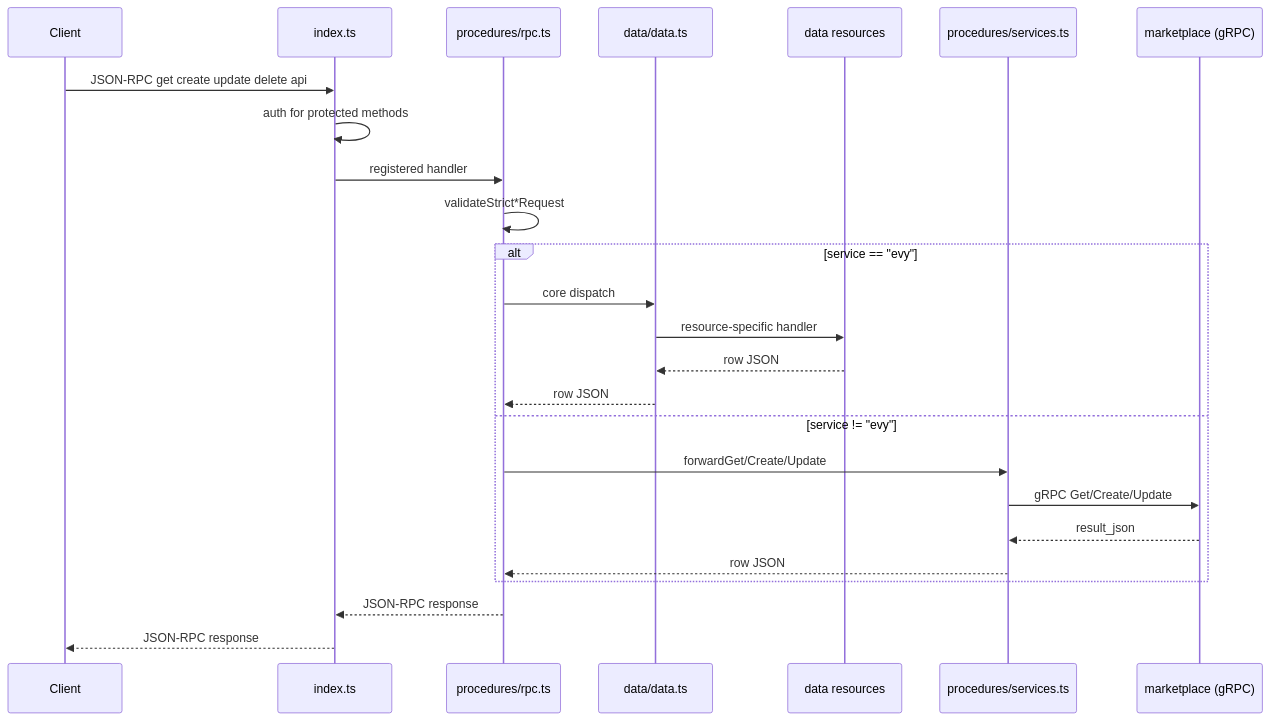
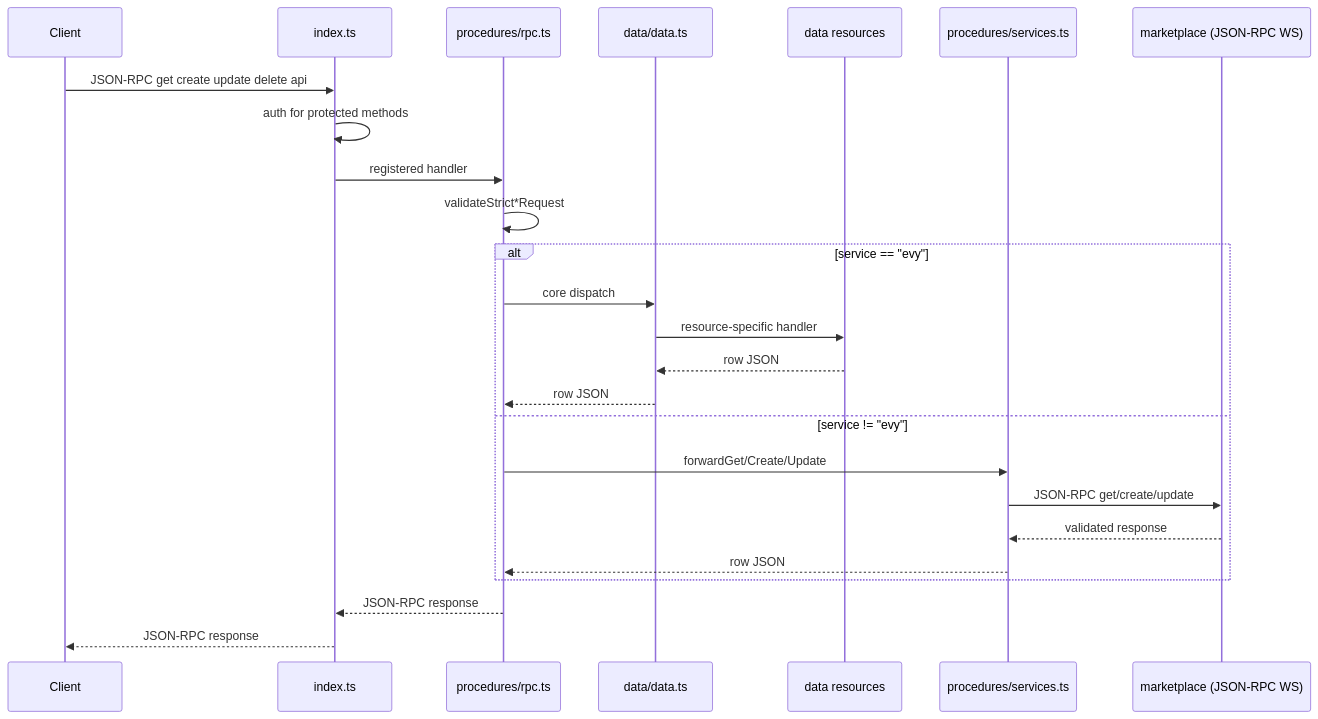
Before and after one commit to EVY-Platform/evy: the first of 2 diagrams in api/README.md, drawn with Mermaid. The commit also changed other lines of this file and 115 other files, not shown here.

````diff
--- a/api/README.md
+++ b/api/README.md
@@ -11,30 +11,30 @@
 ```mermaid
 sequenceDiagram
     participant Client
     participant index as index.ts
     participant rpc as procedures/rpc.ts
     participant data as data/data.ts
     participant resource as data resources
     participant services as procedures/services.ts
-    participant marketplace as marketplace (gRPC)
+    participant marketplace as marketplace (JSON-RPC WS)
 
     Client->>index: JSON-RPC get create update delete api
     index->>index: auth for protected methods
     index->>rpc: registered handler
     rpc->>rpc: validateStrict*Request
 
     alt service == "evy"
         rpc->>data: core dispatch
         data->>resource: resource-specific handler
         resource-->>data: row JSON
         data-->>rpc: row JSON
     else service != "evy"
         rpc->>services: forwardGet/Create/Update
-        services->>marketplace: gRPC Get/Create/Update
-        marketplace-->>services: result_json
+        services->>marketplace: JSON-RPC get/create/update
+        marketplace-->>services: validated response
         services-->>rpc: row JSON
     end
 
     rpc-->>index: JSON-RPC response
     index-->>Client: JSON-RPC response
 ```
````
